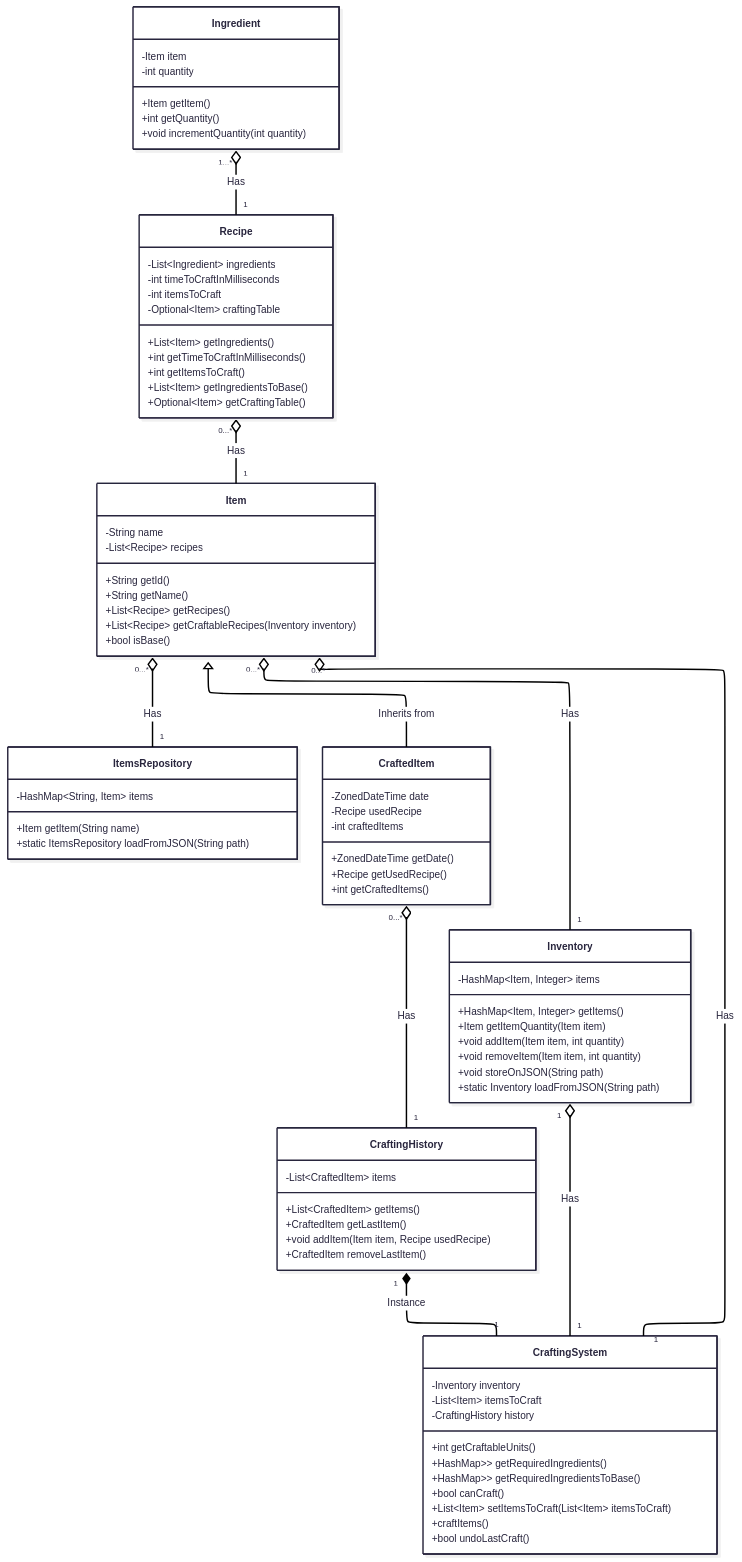
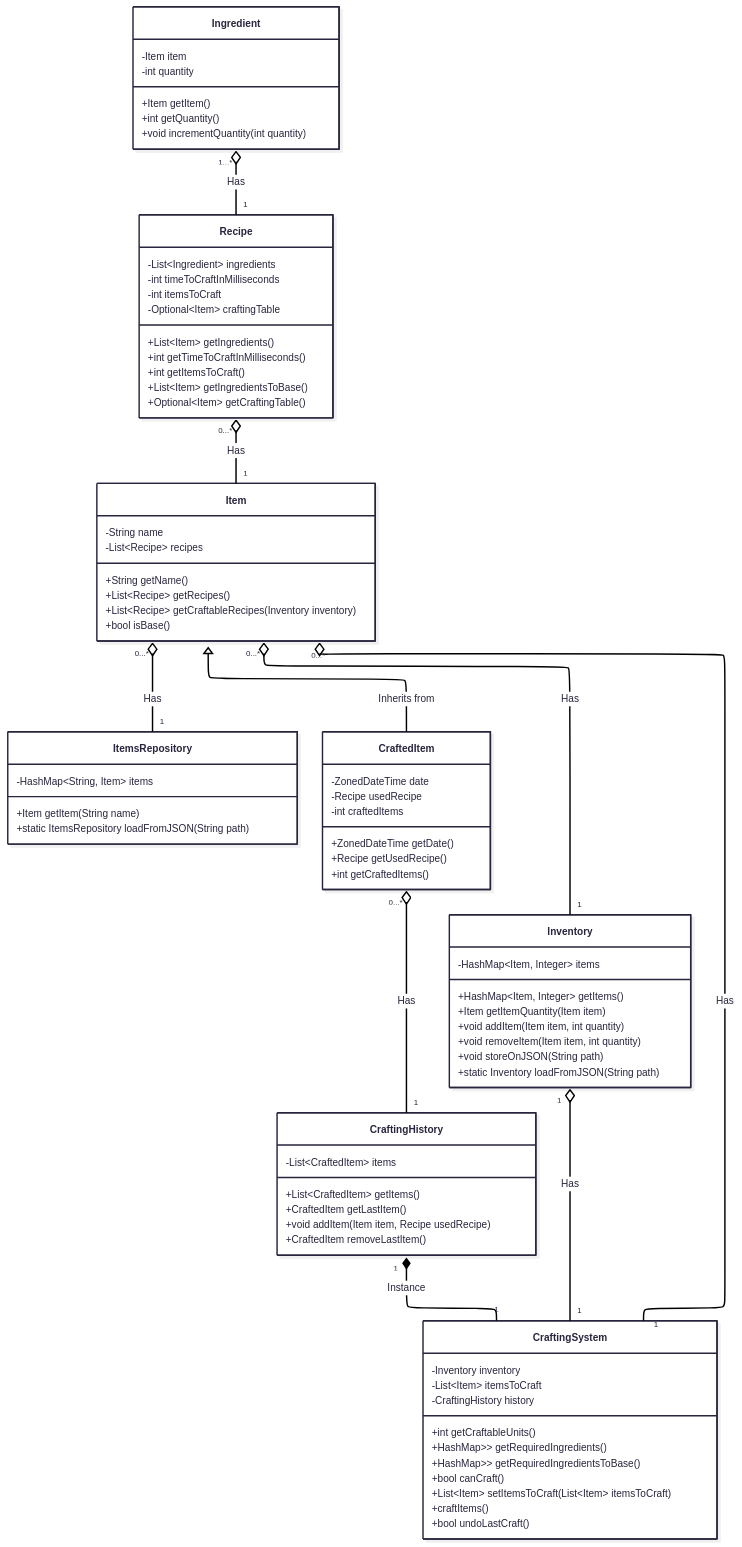
One commit to hozlucas28/Java-Practical-Work-2025 changed the first of 2 diagrams in README.md. Above: the diagram before and after it, drawn with Mermaid. The commit also changed 11 other files, not shown here.

```diff
--- a/README.md
+++ b/README.md
@@ -115,7 +115,6 @@
 	    -String name
 	    -List~Recipe~ recipes
 
-	    +String getId()
 	    +String getName()
 	    +List~Recipe~ getRecipes()
 	    +List~Recipe~ getCraftableRecipes(Inventory inventory)
```
